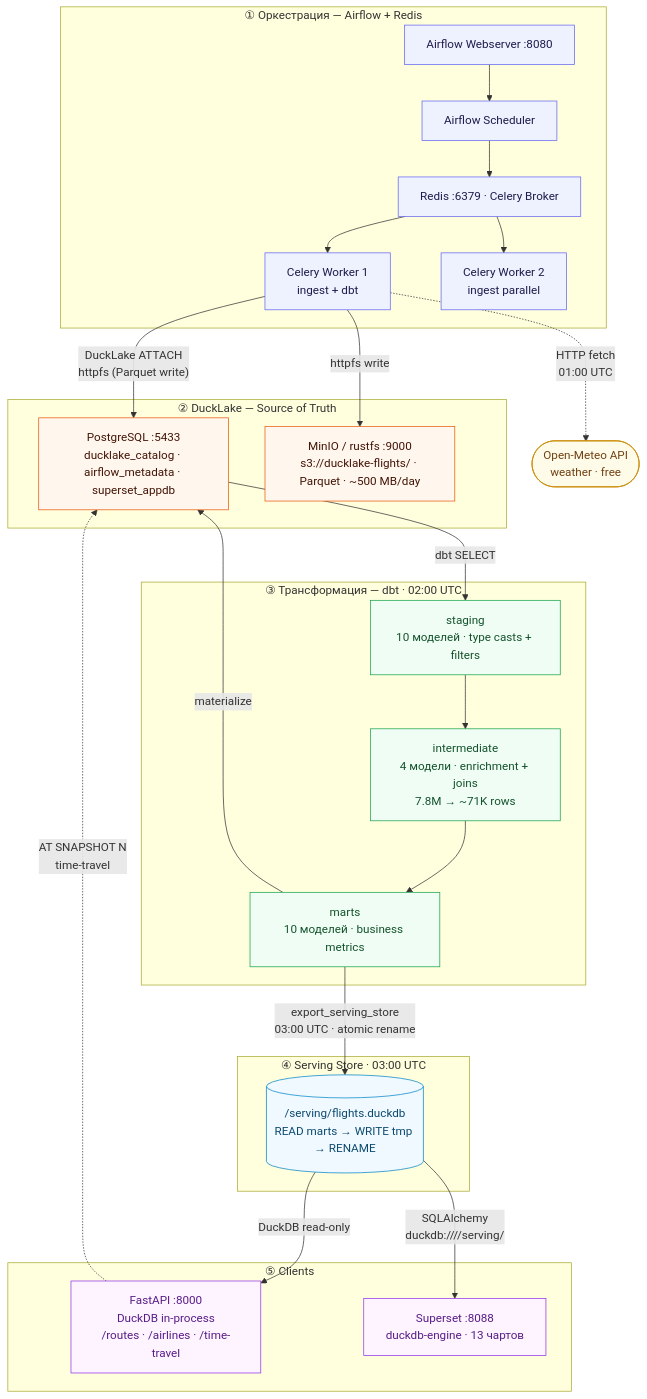
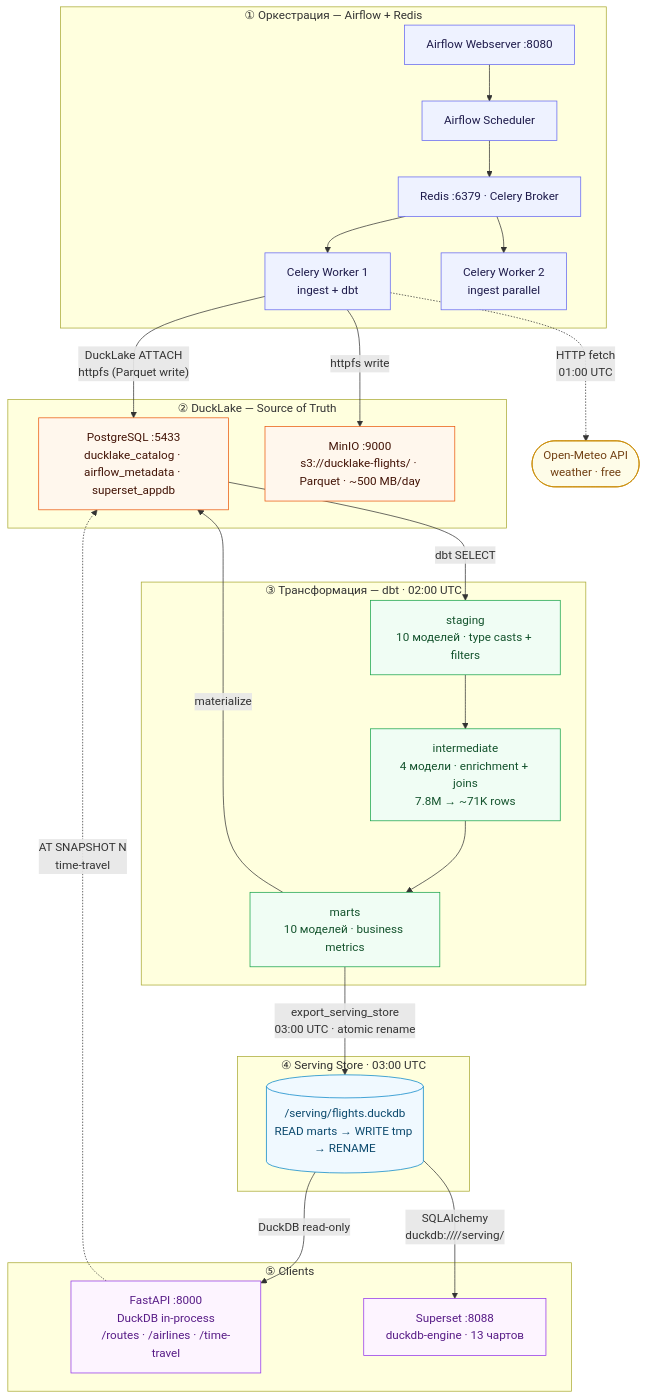
Before and after one commit to andreyyarigin/ducklake-in-practice: the diagram in docs/diagrams/01_architecture.mmd, drawn with Mermaid. The commit also changed 34 other files, not shown here.

First line of the commit message:
docs: migrate rustfs → minio, update diagrams and documentation

```diff
--- a/docs/diagrams/01_architecture.mmd
+++ b/docs/diagrams/01_architecture.mmd
@@ -1,70 +1,70 @@
 flowchart TD
     classDef orch fill:#EEF2FF,stroke:#6366F1,color:#1E1B4B
     classDef dl fill:#FFF7ED,stroke:#EA580C,color:#431407
     classDef dbt fill:#F0FDF4,stroke:#16A34A,color:#14532D
     classDef serving fill:#F0F9FF,stroke:#0284C7,color:#0C4A6E
     classDef clients fill:#FDF4FF,stroke:#9333EA,color:#581C87
     classDef ext fill:#FEFCE8,stroke:#CA8A04,color:#713F12
 
     %% ── Слой 1: Оркестрация ──────────────────────
     subgraph L1["① Оркестрация — Airflow + Redis"]
         WS["Airflow Webserver :8080"]
         SCHED["Airflow Scheduler"]
         REDIS["Redis :6379 · Celery Broker"]
         W1["Celery Worker 1\ningest + dbt"]
         W2["Celery Worker 2\ningest parallel"]
         WS --> SCHED --> REDIS
         REDIS --> W1
         REDIS --> W2
     end
 
     %% ── Слой 2: DuckLake ─────────────────────────
     subgraph L2["② DuckLake — Source of Truth"]
         PG["PostgreSQL :5433\nducklake_catalog · airflow_metadata · superset_appdb"]
-        S3["MinIO / rustfs :9000\ns3://ducklake-flights/ · Parquet · ~500 MB/day"]
+        S3["MinIO :9000\ns3://ducklake-flights/ · Parquet · ~500 MB/day"]
     end
 
     %% ── Слой 3: dbt ──────────────────────────────
     subgraph L3["③ Трансформация — dbt · 02:00 UTC"]
         STG["staging\n10 моделей · type casts + filters"]
         INT["intermediate\n4 модели · enrichment + joins\n7.8M → ~71K rows"]
         MARTS["marts\n10 моделей · business metrics"]
         STG --> INT --> MARTS
     end
 
     %% ── Слой 4: Serving ──────────────────────────
     subgraph L4["④ Serving Store · 03:00 UTC"]
         SRVDB[("/serving/flights.duckdb\nREAD marts → WRITE tmp → RENAME")]
     end
 
     %% ── Слой 5: Clients ──────────────────────────
     subgraph L5["⑤ Clients"]
         API["FastAPI :8000\nDuckDB in-process\n/routes · /airlines · /time-travel"]
         SS["Superset :8088\nduckdb-engine · 13 чартов"]
     end
 
     %% ── Внешний API ──────────────────────────────
     OM(["Open-Meteo API\nweather · free"])
 
     %% ── Связи между слоями ───────────────────────
     W1 -- "DuckLake ATTACH\nhttpfs (Parquet write)" --> PG
     W1 -- "httpfs write" --> S3
     W1 -. "HTTP fetch\n01:00 UTC" .-> OM
 
     PG -- "dbt SELECT" --> STG
     MARTS -- "materialize" --> PG
 
     MARTS -- "export_serving_store\n03:00 UTC · atomic rename" --> SRVDB
 
     SRVDB -- "DuckDB read-only" --> API
     SRVDB -- "SQLAlchemy\nduckdb:////serving/" --> SS
 
     API -. "AT SNAPSHOT N\ntime-travel" .-> PG
 
     %% ── Стили ────────────────────────────────────
     class WS,SCHED,REDIS,W1,W2 orch
     class PG,S3 dl
     class STG,INT,MARTS dbt
     class SRVDB serving
     class API,SS clients
     class OM ext
```
